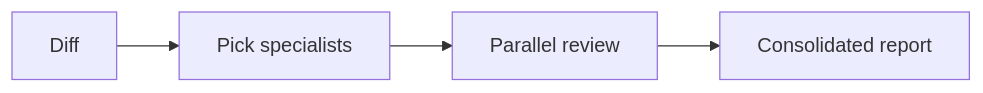
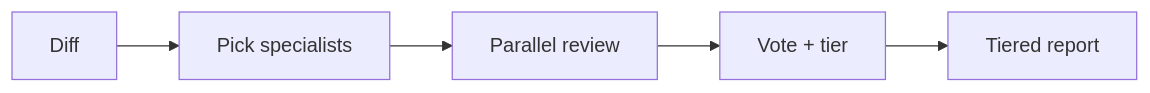
One commit to marcoskichel/empire changed the diagram in plugins/empire-dev/README.md. Above: the diagram before and after it, drawn with Mermaid. The commit also changed other lines of this file and 2 other files, not shown here.

Commit message:
feat(empire-dev): tier team-review findings by majority vote
Aggregate specialist findings into Consensus / Corroborated /
Single-source tiers via (file, line-range, category) match key.
Surfaces high-confidence issues first without dropping any input.

Per "Debate or Vote" (arxiv:2508.17536, NeurIPS 2025), majority
voting across independent specialists matches or beats iterative
debate at lower cost — tiering preserves recall without
sacrificing precision.

Specialist output now tags each finding with one of: correctness,
security, performance, architecture, tests, style, docs.

````diff
--- a/plugins/empire-dev/README.md
+++ b/plugins/empire-dev/README.md
@@ -30,6 +30,7 @@
 ```mermaid
 flowchart LR
   diff[Diff] --> roster[Pick specialists]
   roster --> dispatch[Parallel review]
-  dispatch --> report[Consolidated report]
+  dispatch --> vote[Vote + tier]
+  vote --> report[Tiered report]
 ```
````
